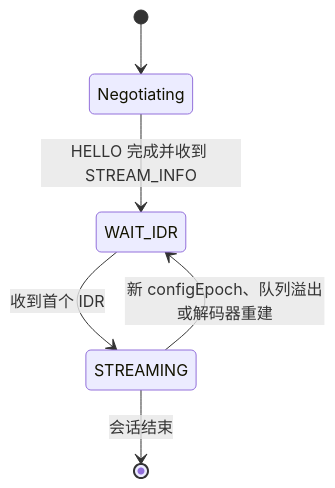
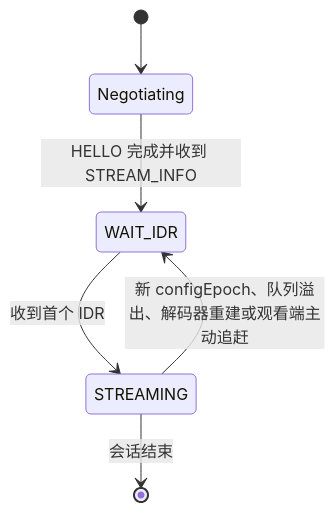
One commit to obby-xiang/LocalScreenShareAndroid changed the fifth of 8 diagrams in docs/media-architecture.md. Above: the diagram before and after it, drawn with Mermaid. The commit also changed other lines of this file and 2 other files, not shown here.

````diff
--- a/docs/media-architecture.md
+++ b/docs/media-architecture.md
@@ -268,8 +268,8 @@
 ```mermaid
 stateDiagram-v2
     [*] --> Negotiating
     Negotiating --> WAIT_IDR: HELLO 完成并收到 STREAM_INFO
     WAIT_IDR --> STREAMING: 收到首个 IDR
-    STREAMING --> WAIT_IDR: 新 configEpoch、队列溢出或解码器重建
+    STREAMING --> WAIT_IDR: 新 configEpoch、队列溢出、解码器重建或观看端主动追赶
     STREAMING --> [*]: 会话结束
 ```
````
